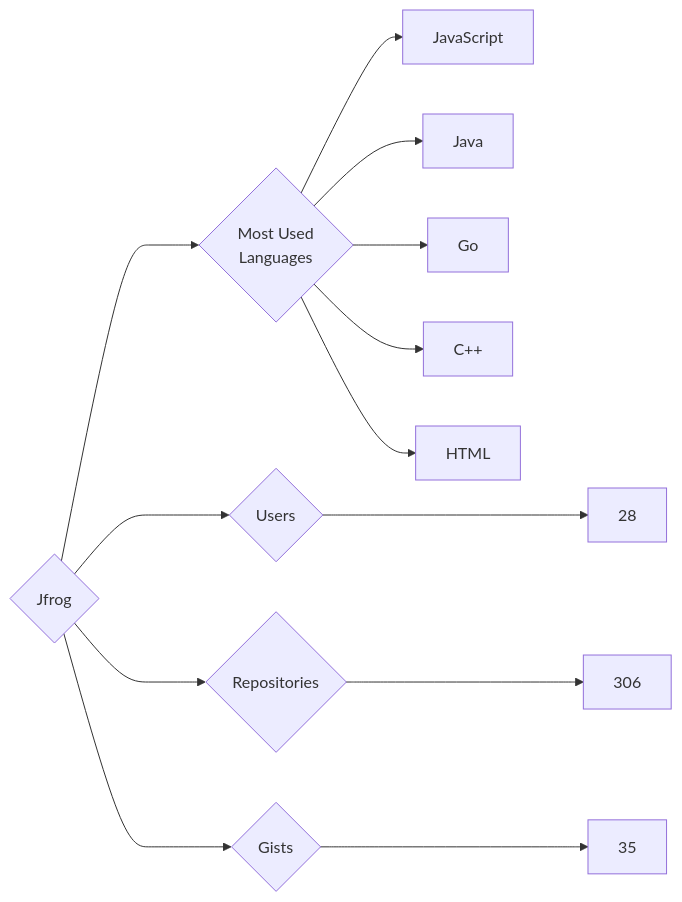
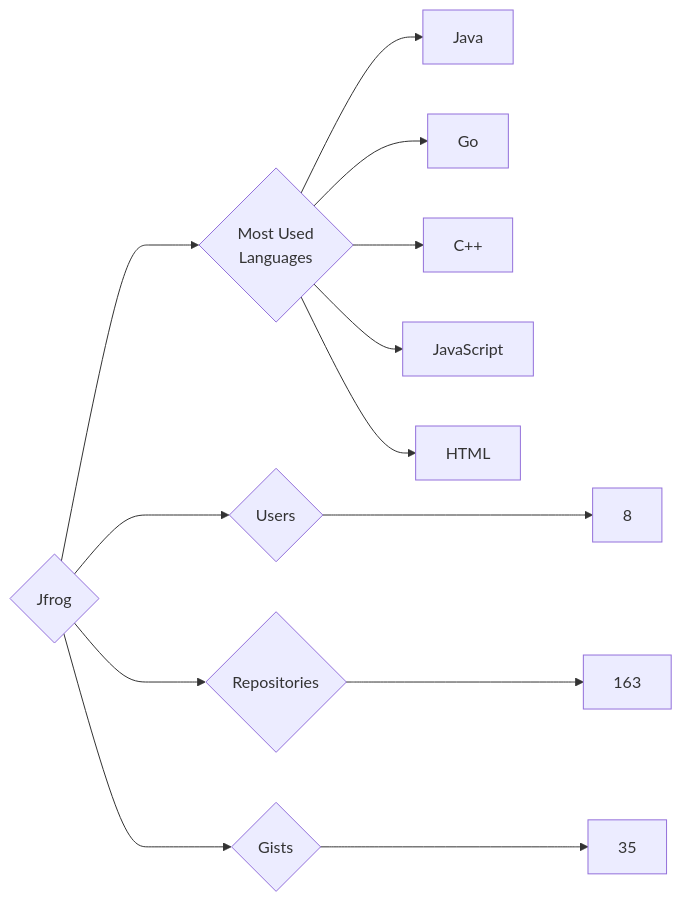
Before and after one commit to trickest/insiders: the diagram in targets/Jfrog/README.md, drawn with Mermaid. The commit also changed 715 other files, not shown here.

````diff
--- a/targets/Jfrog/README.md
+++ b/targets/Jfrog/README.md
@@ -3,13 +3,13 @@
 ```mermaid
 graph LR
 COMPANY_NAME{Jfrog}
-COMPANY_NAME ---> U{Users} ---> UN[28]
-COMPANY_NAME ---> R{Repositories} ---> RN[306]
+COMPANY_NAME ---> U{Users} ---> UN[8]
+COMPANY_NAME ---> R{Repositories} ---> RN[163]
 COMPANY_NAME ---> G{Gists} ---> GN[35]
 COMPANY_NAME ---> ML{Most Used<br>Languages}
-ML --> JavaScript[JavaScript]
 ML --> Java[Java]
 ML --> Go[Go]
 ML --> C++[C++]
+ML --> JavaScript[JavaScript]
 ML --> HTML[HTML]
 ```
````
